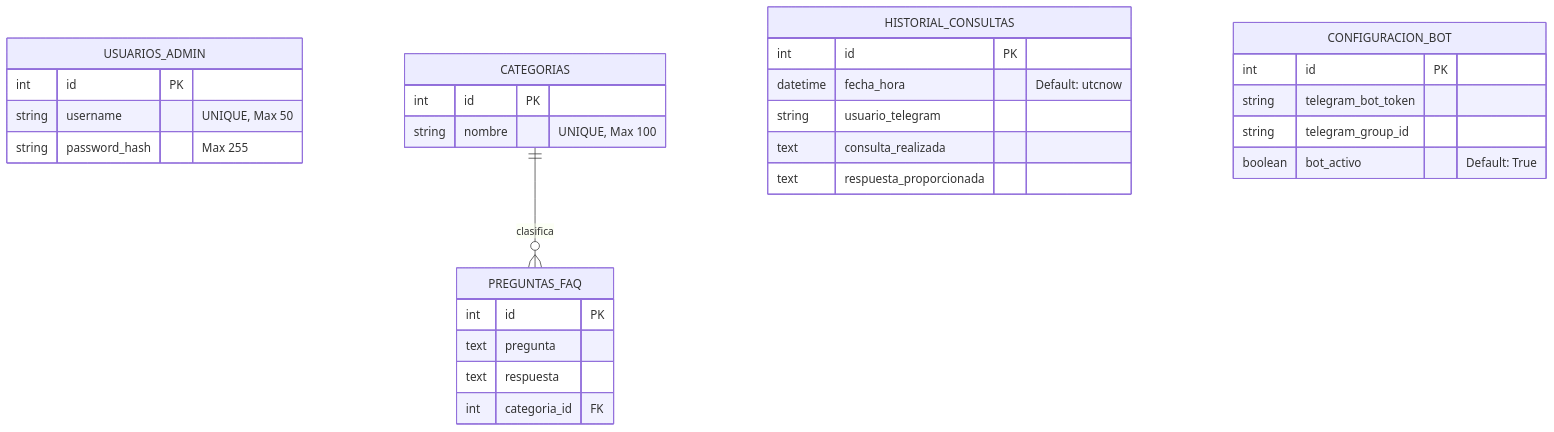
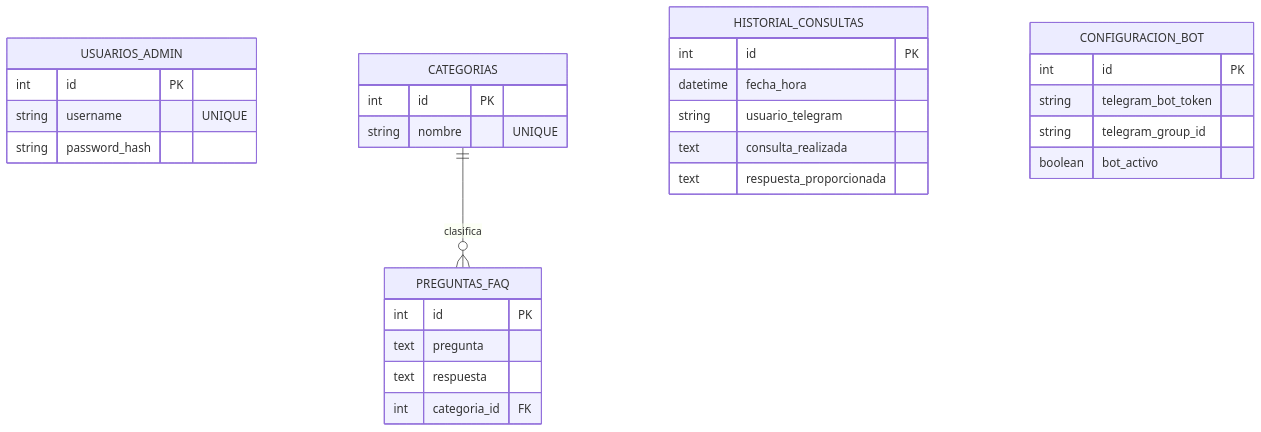
Before and after one commit to DANGAL159/IA1_VACASJUN2026_DanielGalvez_202203361: the diagram in Practica2/docs/Manual_Tecnico.md, drawn with Mermaid. The commit also changed other lines of this file and 3 other files, not shown here.

````diff
--- a/Practica2/docs/Manual_Tecnico.md
+++ b/Practica2/docs/Manual_Tecnico.md
@@ -390,33 +81,33 @@
 ```mermaid
 erDiagram
     USUARIOS_ADMIN {
         int id PK
-        string username "UNIQUE, Max 50"
-        string password_hash "Max 255"
+        string username "UNIQUE"
+        string password_hash
     }
     CATEGORIAS {
         int id PK
-        string nombre "UNIQUE, Max 100"
+        string nombre "UNIQUE"
     }
     PREGUNTAS_FAQ {
         int id PK
         text pregunta
         text respuesta
         int categoria_id FK
     }
     HISTORIAL_CONSULTAS {
         int id PK
-        datetime fecha_hora "Default: utcnow"
+        datetime fecha_hora
         string usuario_telegram
         text consulta_realizada
         text respuesta_proporcionada
     }
     CONFIGURACION_BOT {
         int id PK
         string telegram_bot_token
         string telegram_group_id
-        boolean bot_activo "Default: True"
+        boolean bot_activo
     }
 
     CATEGORIAS ||--o{ PREGUNTAS_FAQ : "clasifica"
 ```
````
